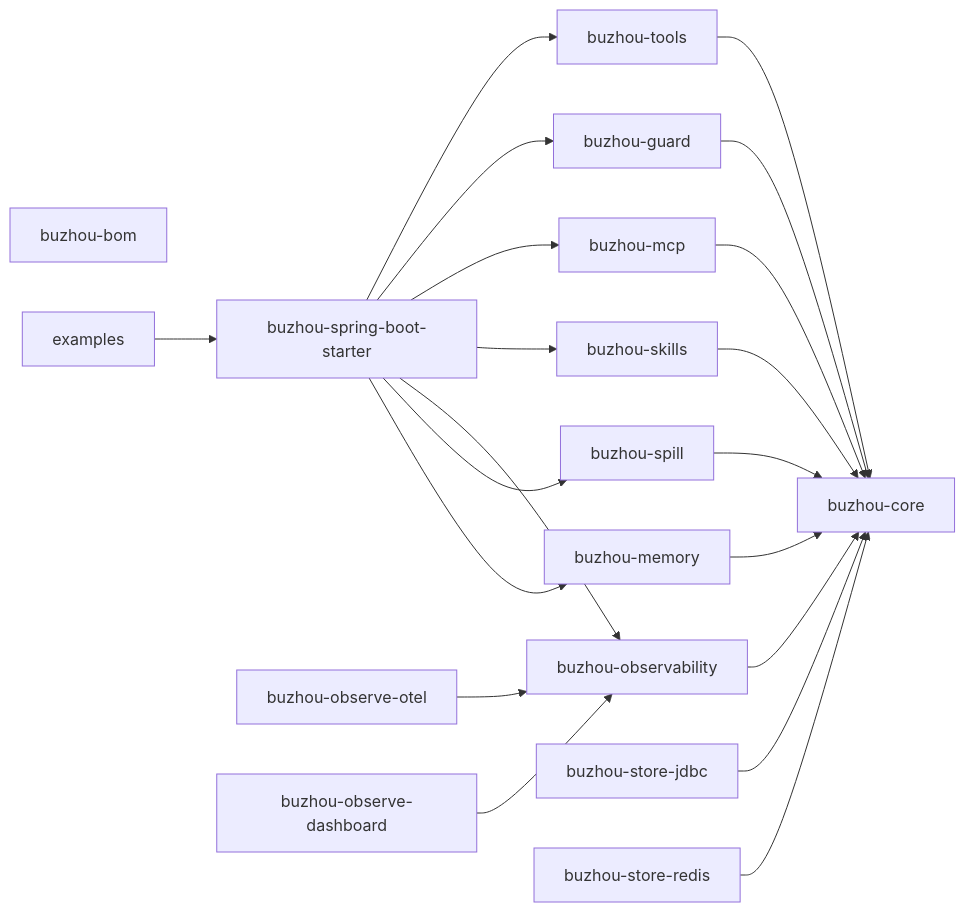
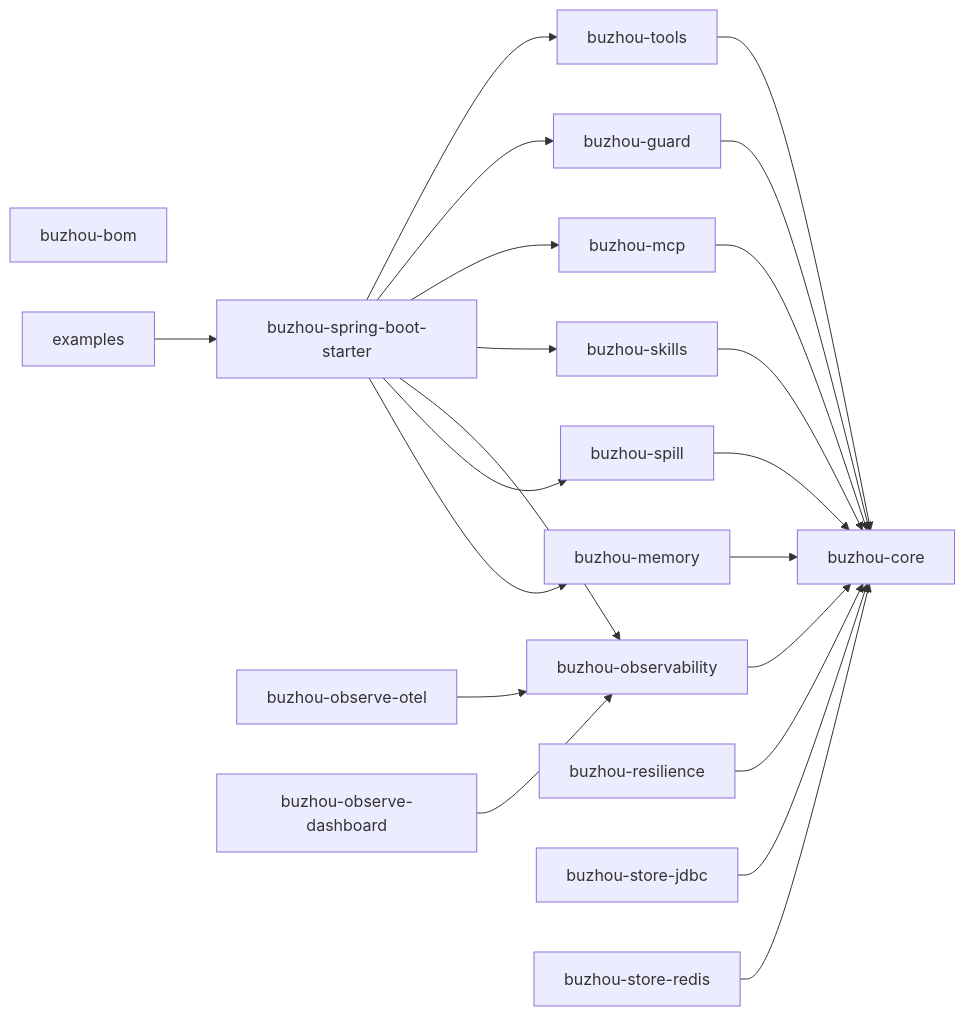
One commit to chyuan-cuihongyuan/spring-ai-mount-buzhou changed the second of 3 diagrams in docs/spec/00-overview.md. Above: the diagram before and after it, drawn with Mermaid. The commit also changed other lines of this file and 477 other files, not shown here.

````diff
--- a/docs/spec/00-overview.md
+++ b/docs/spec/00-overview.md
@@ -68,23 +68,24 @@
 ```mermaid
 flowchart LR
     BOM[buzhou-bom]
     STARTER[buzhou-spring-boot-starter]
     CORE[buzhou-core]
     M[buzhou-memory]
     S[buzhou-spill]
     O[buzhou-observability]
     OT[buzhou-observe-otel]
     D[buzhou-observe-dashboard]
     K[buzhou-skills]
     C[buzhou-mcp]
     G[buzhou-guard]
     T[buzhou-tools]
+    RS[buzhou-resilience]
     J[buzhou-store-jdbc]
     R[buzhou-store-redis]
     E[examples]
-    M & S & O & K & C & G & T --> CORE
+    M & S & O & K & C & G & T & RS --> CORE
     OT & D --> O
     J & R --> CORE
     E --> STARTER
     STARTER --> M & S & O & K & C & G & T
 ```
````
